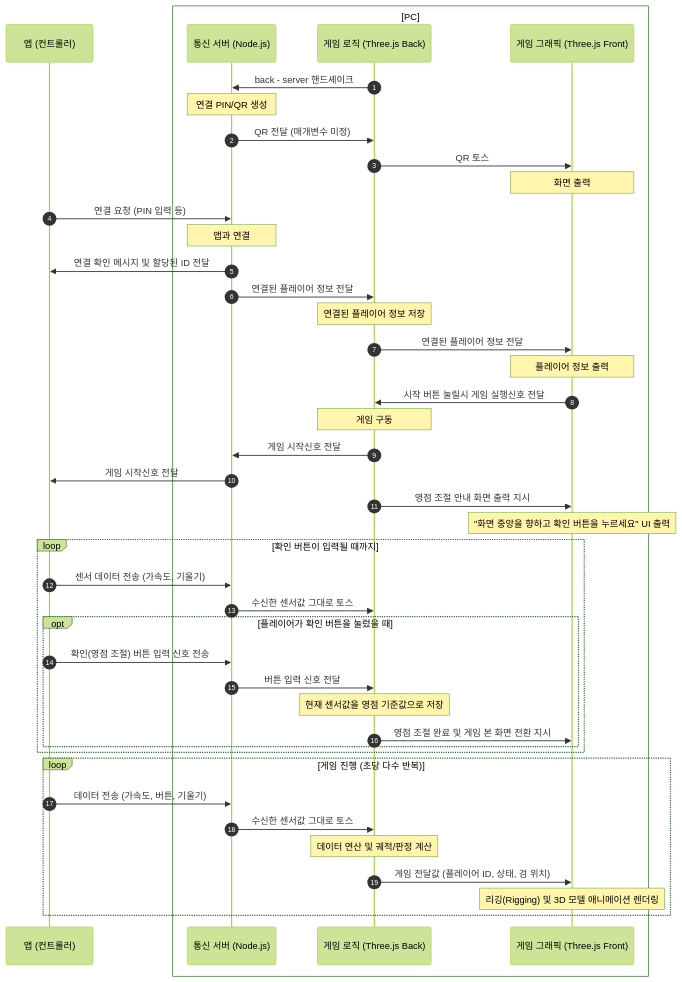
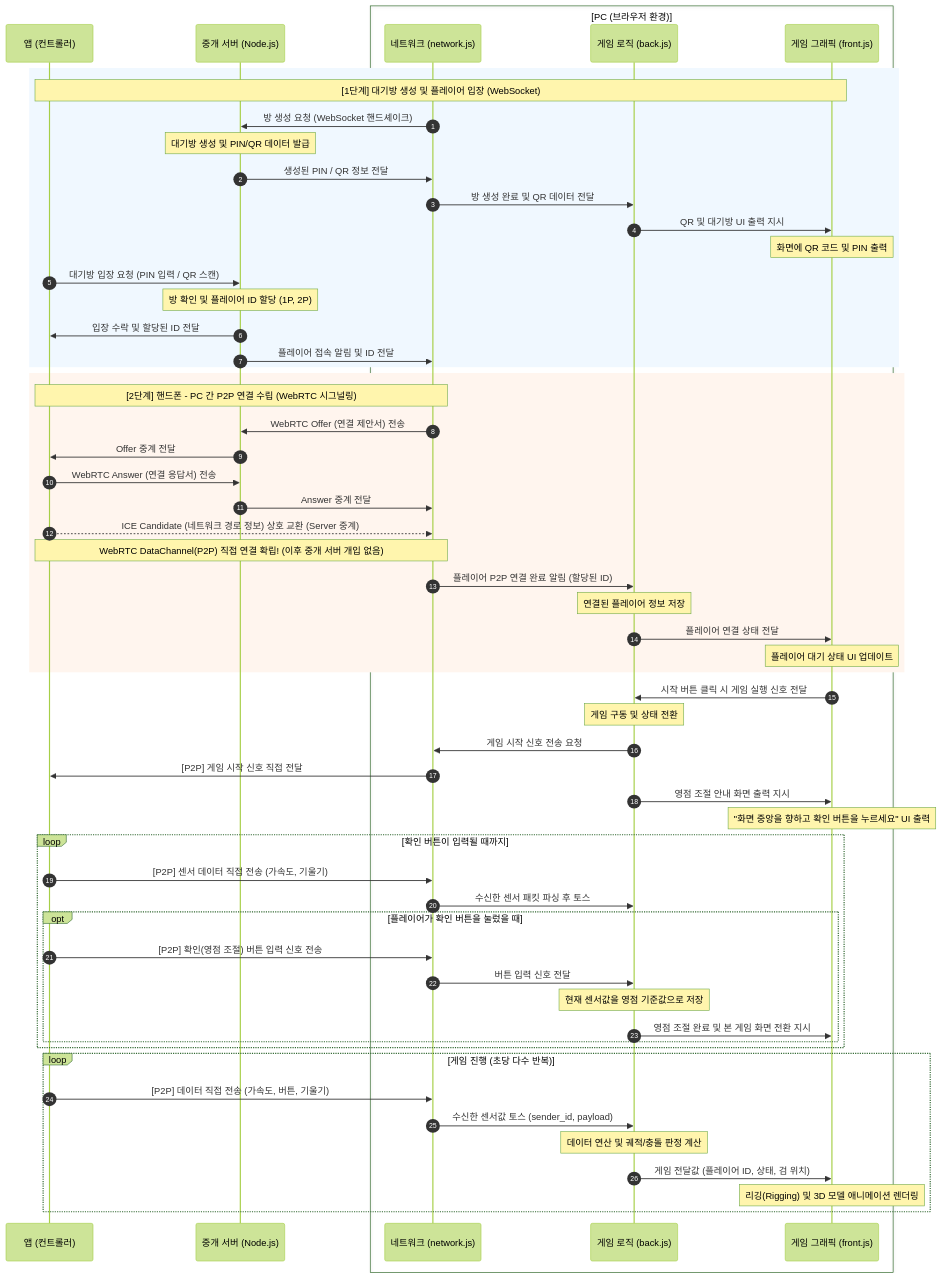
Before and after one commit to C0R-4/test: the diagram in README.md, drawn with Mermaid (forest theme). The commit also changed 4 other files, not shown here.

````diff
--- a/README.md
+++ b/README.md
@@ -1,52 +1,73 @@
 ```mermaid
 sequenceDiagram
     autonumber
     participant App as 앱 (컨트롤러)
-    
-    box transparent [PC]
-    participant Server as 통신 서버 (Node.js)
-    participant Back as 게임 로직 (Three.js Back)
-    participant Front as 게임 그래픽 (Three.js Front)
+    participant Server as 중개 서버 (Node.js)
+
+    box transparent [PC (브라우저 환경)]
+    participant Net as 네트워크 (network.js)
+    participant Back as 게임 로직 (back.js)
+    participant Front as 게임 그래픽 (front.js)
     end
 
-    %% 연결 단계
-    Back->>Server: back - server 핸드셰이크
-    Note over Server: 연결 PIN/QR 생성
-    Server->>Back: QR 전달 (매개변수 미정)
-    Back->>Front: QR 토스
-    Note over Front: 화면 출력
-    App->>Server: 연결 요청 (PIN 입력 등)
-    Note over Server: 앱과 연결
-    Server->>App: 연결 확인 메시지 및 할당된 ID 전달
-    Server->>Back: 연결된 플레이어 정보 전달
+    %% 1. 대기방 구성 단계 (WebSocket)
+    rect rgb(240, 248, 255)
+    Note over App, Front: [1단계] 대기방 생성 및 플레이어 입장 (WebSocket)
+    Net->>Server: 방 생성 요청 (WebSocket 핸드셰이크)
+    Note over Server: 대기방 생성 및 PIN/QR 데이터 발급
+    Server->>Net: 생성된 PIN / QR 정보 전달
+    Net->>Back: 방 생성 완료 및 QR 데이터 전달
+    Back->>Front: QR 및 대기방 UI 출력 지시
+    Note over Front: 화면에 QR 코드 및 PIN 출력
+
+    App->>Server: 대기방 입장 요청 (PIN 입력 / QR 스캔)
+    Note over Server: 방 확인 및 플레이어 ID 할당 (1P, 2P)
+    Server->>App: 입장 수락 및 할당된 ID 전달
+    Server->>Net: 플레이어 접속 알림 및 ID 전달
+    end
+
+    %% 2. P2P 연결 구성 단계 (WebRTC Signaling)
+    rect rgb(255, 245, 238)
+    Note over App, Net: [2단계] 핸드폰 - PC 간 P2P 연결 수립 (WebRTC 시그널링)
+    Net->>Server: WebRTC Offer (연결 제안서) 전송
+    Server->>App: Offer 중계 전달
+    App->>Server: WebRTC Answer (연결 응답서) 전송
+    Server->>Net: Answer 중계 전달
+    App-->>Net: ICE Candidate (네트워크 경로 정보) 상호 교환 (Server 중계)
+    Note over App, Net: WebRTC DataChannel(P2P) 직접 연결 확립! (이후 중개 서버 개입 없음)
+    
+    Net->>Back: 플레이어 P2P 연결 완료 알림 (할당된 ID)
     Note over Back: 연결된 플레이어 정보 저장
-    Back->>Front: 연결된 플레이어 정보 전달
-    Note over Front: 플레이어 정보 출력
-    Front->>Back: 시작 버튼 눌릴시 게임 실행신호 전달
-    Note over Back: 게임 구동
-    Back->>Server: 게임 시작신호 전달
-    Server->>App: 게임 시작신호 전달
+    Back->>Front: 플레이어 연결 상태 전달
+    Note over Front: 플레이어 대기 상태 UI 업데이트
+    end
 
-    %% 게임 최초실행시 (영점 조절)
+    %% 3. 게임 시작 및 영점 조절 (P2P 직접 통신)
+    Front->>Back: 시작 버튼 클릭 시 게임 실행 신호 전달
+    Note over Back: 게임 구동 및 상태 전환
+    Back->>Net: 게임 시작 신호 전송 요청
+    Net->>App: [P2P] 게임 시작 신호 직접 전달
+
     Back->>Front: 영점 조절 안내 화면 출력 지시
     Note over Front: "화면 중앙을 향하고 확인 버튼을 누르세요" UI 출력
     loop 확인 버튼이 입력될 때까지
-        App->>Server: 센서 데이터 전송 (가속도, 기울기)
-        Server->>Back: 수신한 센서값 그대로 토스
+        App->>Net: [P2P] 센서 데이터 직접 전송 (가속도, 기울기)
+        Net->>Back: 수신한 센서 패킷 파싱 후 토스
         opt 플레이어가 확인 버튼을 눌렀을 때
-            App->>Server: 확인(영점 조절) 버튼 입력 신호 전송
-            Server->>Back: 버튼 입력 신호 전달
+            App->>Net: [P2P] 확인(영점 조절) 버튼 입력 신호 전송
+            Net->>Back: 버튼 입력 신호 전달
             Note over Back: 현재 센서값을 영점 기준값으로 저장
-            Back->>Front: 영점 조절 완료 및 게임 본 화면 전환 지시
+            Back->>Front: 영점 조절 완료 및 본 게임 화면 전환 지시
         end
     end
 
-    %% 실시간 게임 루프
+    %% 4. 실시간 게임 루프 (P2P 직접 통신)
     loop 게임 진행 (초당 다수 반복)
-        App->>Server: 데이터 전송 (가속도, 버튼, 기울기)
-        Server->>Back: 수신한 센서값 그대로 토스
-        Note over Back: 데이터 연산 및 궤적/판정 계산
+        App->>Net: [P2P] 데이터 직접 전송 (가속도, 버튼, 기울기)
+        Net->>Back: 수신한 센서값 토스 (sender_id, payload)
+        Note over Back: 데이터 연산 및 궤적/충돌 판정 계산
         Back->>Front: 게임 전달값 (플레이어 ID, 상태, 검 위치)
         Note over Front: 리깅(Rigging) 및 3D 모델 애니메이션 렌더링
     end
+     
 ```
````
